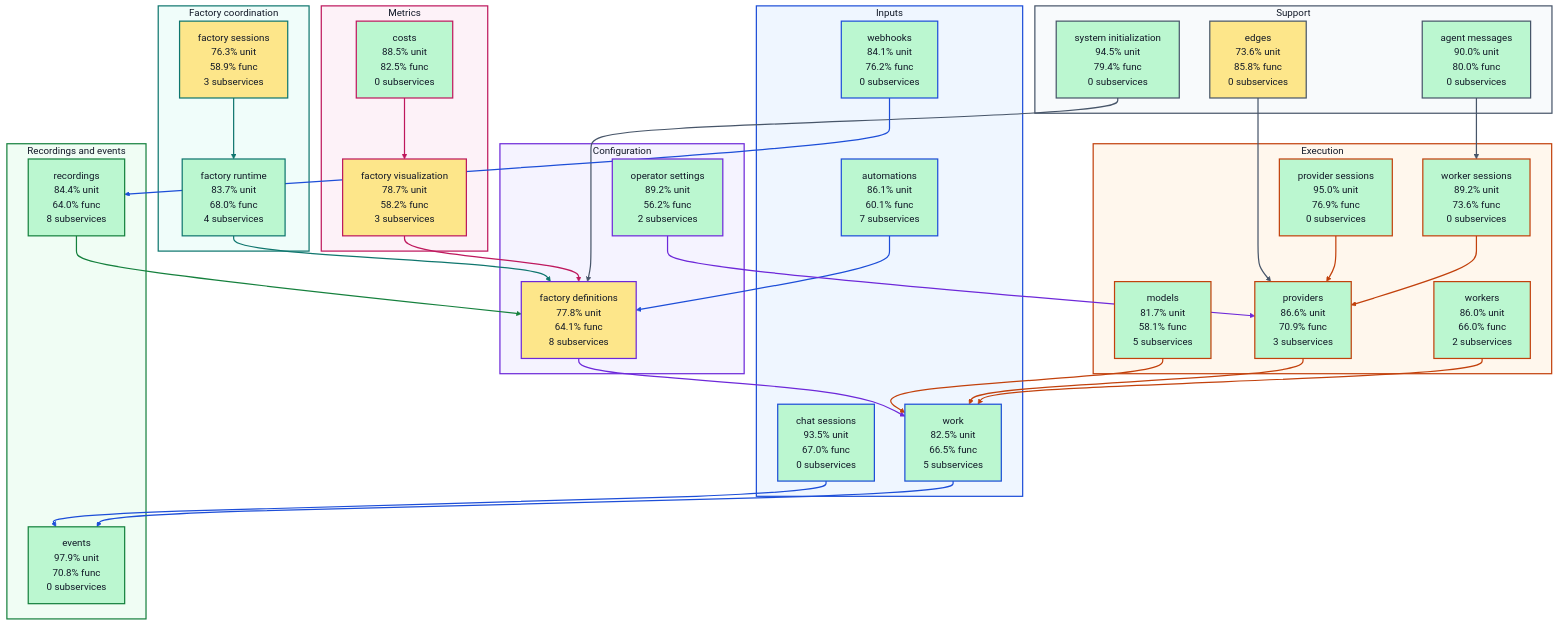
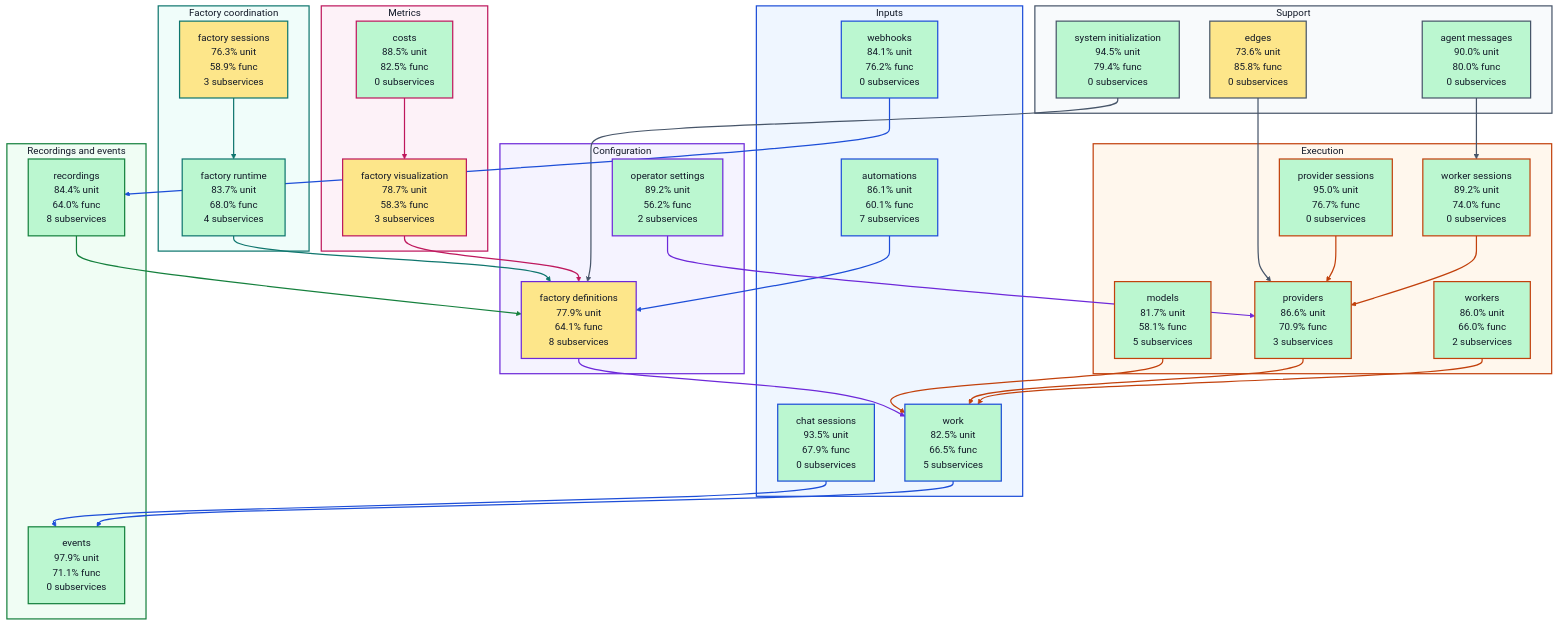
The diagram in docs/architecture/visualizations/high-level-test-coverage.md (portpowered/you-agent-factory), drawn with Mermaid before and after one commit. The commit also changed other lines of this file and 21 other files, not shown here.

Commit message:
docs: refresh backend architecture visualizations

```diff
--- a/docs/architecture/visualizations/high-level-test-coverage.md
+++ b/docs/architecture/visualizations/high-level-test-coverage.md
@@ -12,12 +12,12 @@
 flowchart TB
   subgraph input["Inputs"]
     s_services_automations["automations<br/>86.1% unit<br/>60.1% func<br/>7 subservices"]
-    s_services_chat_sessions["chat sessions<br/>93.5% unit<br/>67.0% func<br/>0 subservices"]
+    s_services_chat_sessions["chat sessions<br/>93.5% unit<br/>67.9% func<br/>0 subservices"]
     s_services_webhooks["webhooks<br/>84.1% unit<br/>76.2% func<br/>0 subservices"]
     s_services_work["work<br/>82.5% unit<br/>66.5% func<br/>5 subservices"]
   end
   subgraph configuration["Configuration"]
-    s_services_factory_definitions["factory definitions<br/>77.8% unit<br/>64.1% func<br/>8 subservices"]
+    s_services_factory_definitions["factory definitions<br/>77.9% unit<br/>64.1% func<br/>8 subservices"]
     s_services_operator_settings["operator settings<br/>89.2% unit<br/>56.2% func<br/>2 subservices"]
   end
   subgraph coordination["Factory coordination"]
@@ -26,18 +26,18 @@
   end
   subgraph execution["Execution"]
     s_services_models["models<br/>81.7% unit<br/>58.1% func<br/>5 subservices"]
-    s_services_provider_sessions["provider sessions<br/>95.0% unit<br/>76.9% func<br/>0 subservices"]
+    s_services_provider_sessions["provider sessions<br/>95.0% unit<br/>76.7% func<br/>0 subservices"]
     s_services_providers["providers<br/>86.6% unit<br/>70.9% func<br/>3 subservices"]
-    s_services_worker_sessions["worker sessions<br/>89.2% unit<br/>73.6% func<br/>0 subservices"]
+    s_services_worker_sessions["worker sessions<br/>89.2% unit<br/>74.0% func<br/>0 subservices"]
     s_services_workers["workers<br/>86.0% unit<br/>66.0% func<br/>2 subservices"]
   end
   subgraph recordings["Recordings and events"]
-    s_services_events["events<br/>97.9% unit<br/>70.8% func<br/>0 subservices"]
+    s_services_events["events<br/>97.9% unit<br/>71.1% func<br/>0 subservices"]
     s_services_recordings["recordings<br/>84.4% unit<br/>64.0% func<br/>8 subservices"]
   end
   subgraph metrics["Metrics"]
     s_services_costs["costs<br/>88.5% unit<br/>82.5% func<br/>0 subservices"]
-    s_services_factory_visualization["factory visualization<br/>78.7% unit<br/>58.2% func<br/>3 subservices"]
+    s_services_factory_visualization["factory visualization<br/>78.7% unit<br/>58.3% func<br/>3 subservices"]
   end
   subgraph support["Support"]
     s_services_agent_messages["agent messages<br/>90.0% unit<br/>80.0% func<br/>0 subservices"]
```
